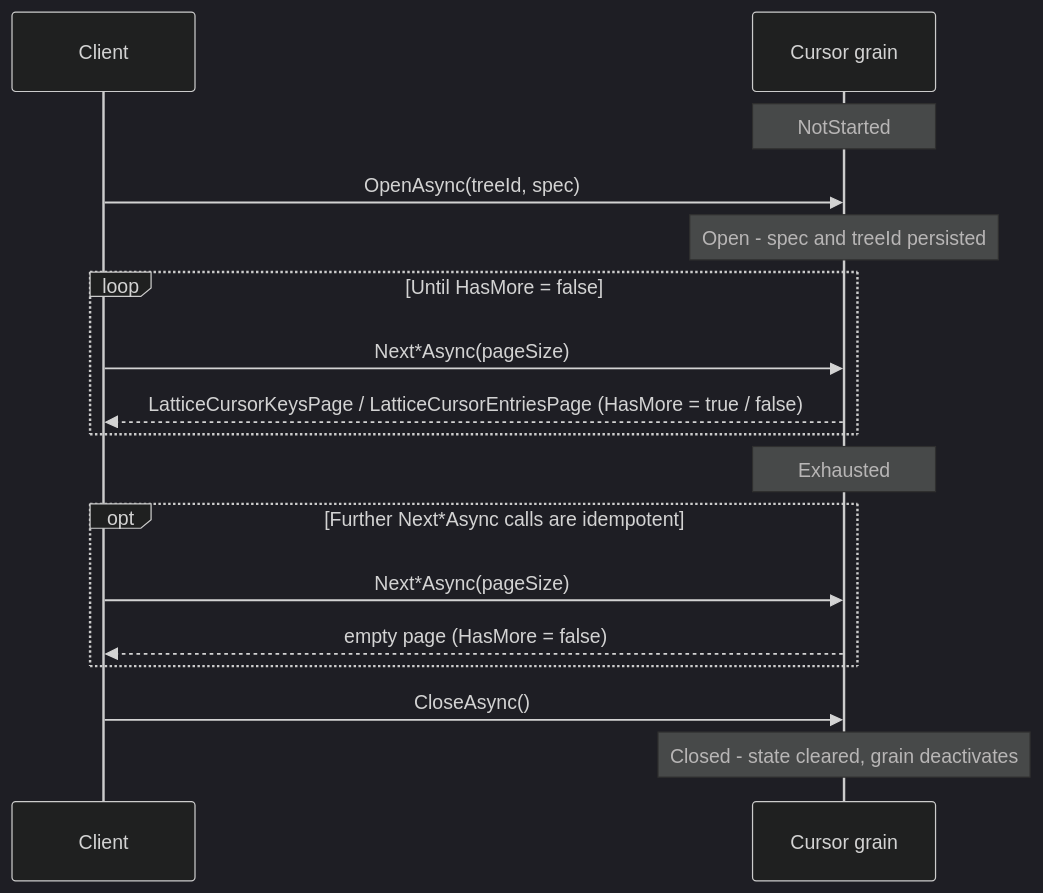
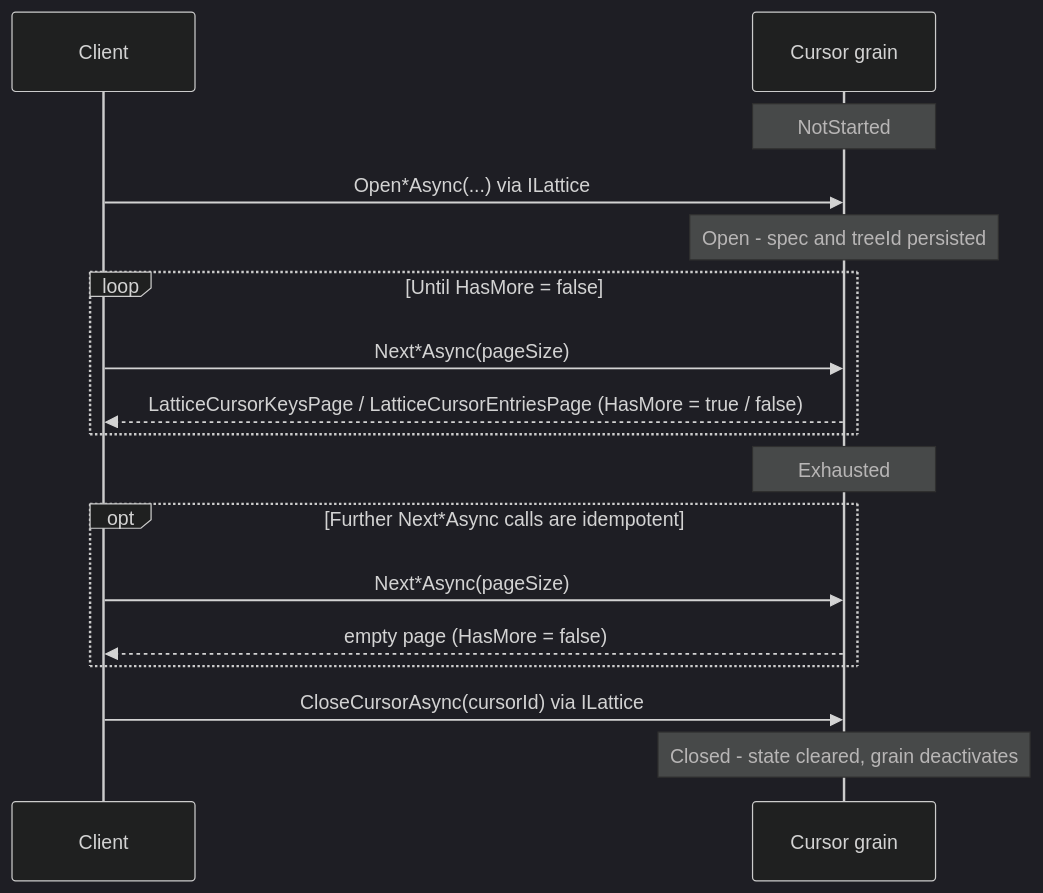
Before and after one commit to NSTA1/Orleans.Lattice: the second of 4 diagrams in docs/lattice/durable-cursors.md, drawn with Mermaid (dark theme). The commit also changed other lines of this file and 394 other files, not shown here.

````diff
--- a/docs/lattice/durable-cursors.md
+++ b/docs/lattice/durable-cursors.md
@@ -85,25 +86,25 @@
 ```mermaid
 sequenceDiagram
     participant C as Client
     participant G as Cursor grain
 
     Note over G: NotStarted
 
-    C->>G: OpenAsync(treeId, spec)
+    C->>G: Open*Async(...) via ILattice
     Note over G: Open - spec and treeId persisted
 
     loop Until HasMore = false
         C->>G: Next*Async(pageSize)
         G-->>C: LatticeCursorKeysPage / LatticeCursorEntriesPage (HasMore = true / false)
     end
 
     Note over G: Exhausted
 
     opt Further Next*Async calls are idempotent
         C->>G: Next*Async(pageSize)
         G-->>C: empty page (HasMore = false)
     end
 
-    C->>G: CloseAsync()
+    C->>G: CloseCursorAsync(cursorId) via ILattice
     Note over G: Closed - state cleared, grain deactivates
 ```
````
